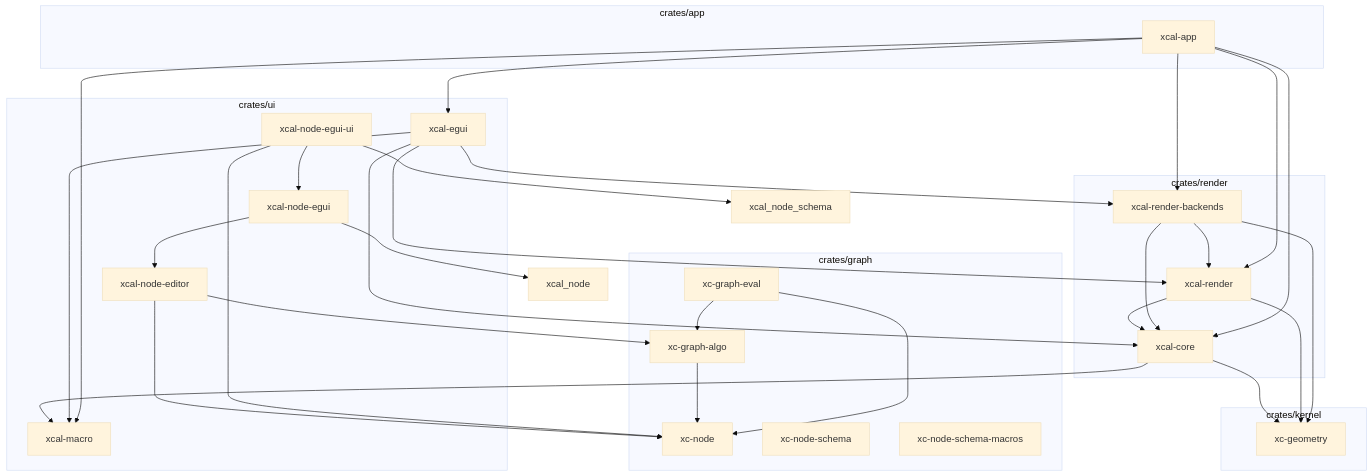
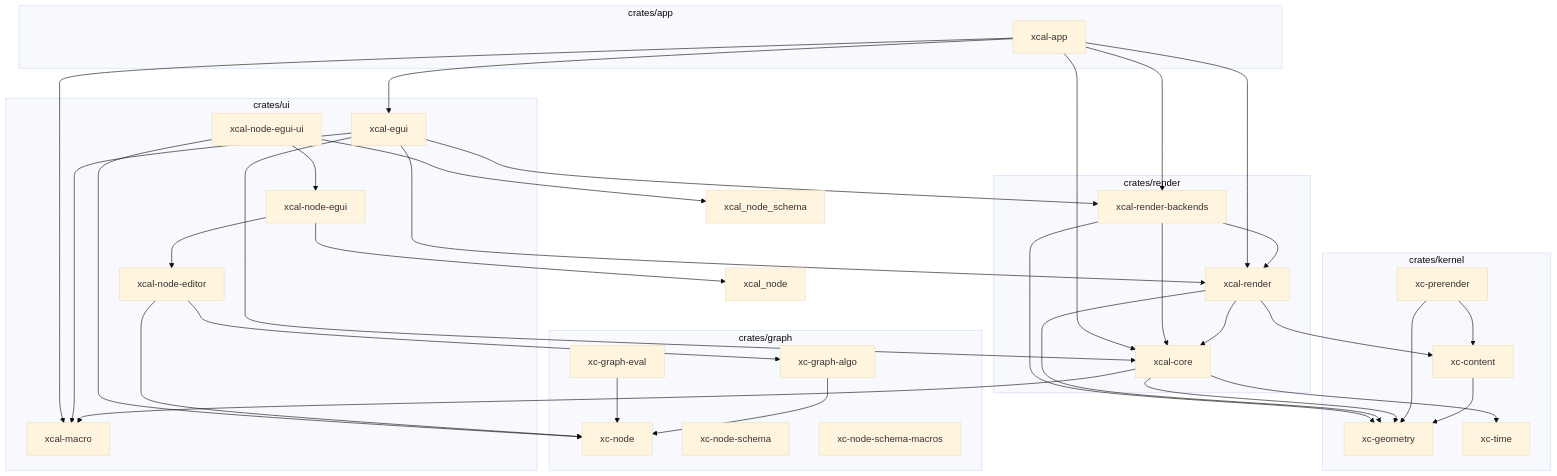
Before and after one commit to xcrtp/xcal-rs: the diagram in ARCHITECTURE.md, drawn with Mermaid (base theme). The commit also changed other lines of this file and 47 other files, not shown here.

First line of the commit message:
feat(kernel): 两阶段内容管线 — xc-content IR + xc-prerender 引擎 + 渲染消费侧

````diff
--- a/ARCHITECTURE.md
+++ b/ARCHITECTURE.md
@@ -21,70 +21,77 @@
 ```mermaid
 graph TD
     subgraph kernel[crates/kernel]
         xc_geometry["xc-geometry"]
+        xc_content["xc-content"]
+        xc_prerender["xc-prerender"]
+        xc_time["xc-time"]
     end
 
     subgraph graph[crates/graph]
         xc_node["xc-node"]
         xc_graph_algo["xc-graph-algo"]
         xc_graph_eval["xc-graph-eval"]
         xc_node_schema["xc-node-schema"]
         xc_node_schema_macros["xc-node-schema-macros"]
     end
 
     subgraph render[crates/render]
         xcal_core["xcal-core"]
         xcal_render["xcal-render"]
         xcal_render_backends["xcal-render-backends"]
     end
 
     subgraph ui[crates/ui]
         xcal_macro["xcal-macro"]
         xcal_egui["xcal-egui"]
         xcal_node_editor["xcal-node-editor"]
         xcal_node_egui["xcal-node-egui"]
         xcal_node_egui_ui["xcal-node-egui-ui"]
     end
 
     subgraph app[crates/app]
         xcal_app["xcal-app"]
     end
 
     %% kernel
     xc_geometry
+    xc_content --> xc_geometry
+    xc_prerender --> xc_content
+    xc_prerender --> xc_geometry
 
     %% graph → kernel
     xc_graph_algo --> xc_node
     xc_graph_eval --> xc_node
-    xc_graph_eval --> xc_graph_algo
 
     %% render → kernel + graph + UI sibling
     xcal_core --> xc_geometry
+    xcal_core --> xc_time
     xcal_core --> xcal_macro
+    xcal_render --> xc_content
     xcal_render --> xc_geometry
     xcal_render --> xcal_core
     xcal_render_backends --> xc_geometry
     xcal_render_backends --> xcal_core
     xcal_render_backends --> xcal_render
 
     %% ui → kernel + graph + render
     xcal_macro
     xcal_egui --> xcal_core
     xcal_egui --> xcal_macro
     xcal_egui --> xcal_render
     xcal_egui --> xcal_render_backends
     xcal_node_editor --> xc_node
     xcal_node_editor --> xc_graph_algo
     xcal_node_egui --> xcal_node
     xcal_node_egui --> xcal_node_editor
     xcal_node_egui_ui --> xc_node
     xcal_node_egui_ui --> xcal_node_schema
     xcal_node_egui_ui --> xcal_node_egui
 
     %% app → everything
     xcal_app --> xcal_core
     xcal_app --> xcal_macro
     xcal_app --> xcal_egui
     xcal_app --> xcal_render
     xcal_app --> xcal_render_backends
 ```
````
